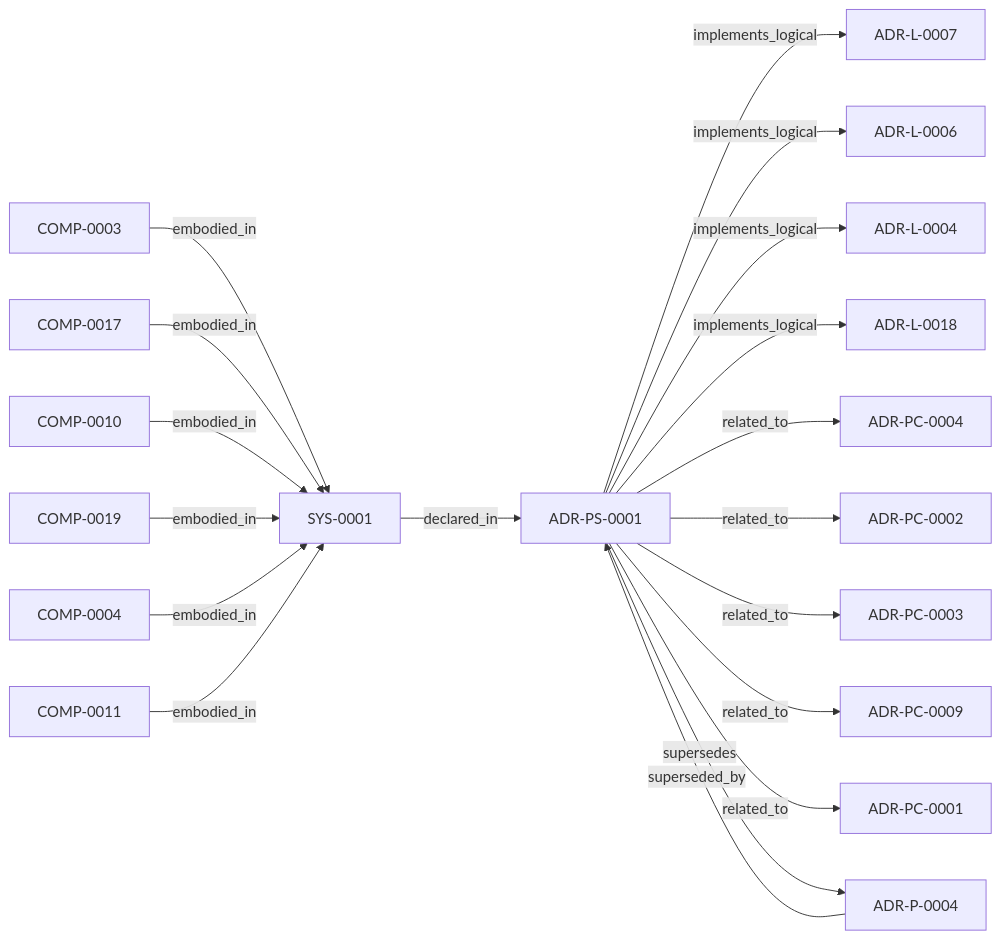
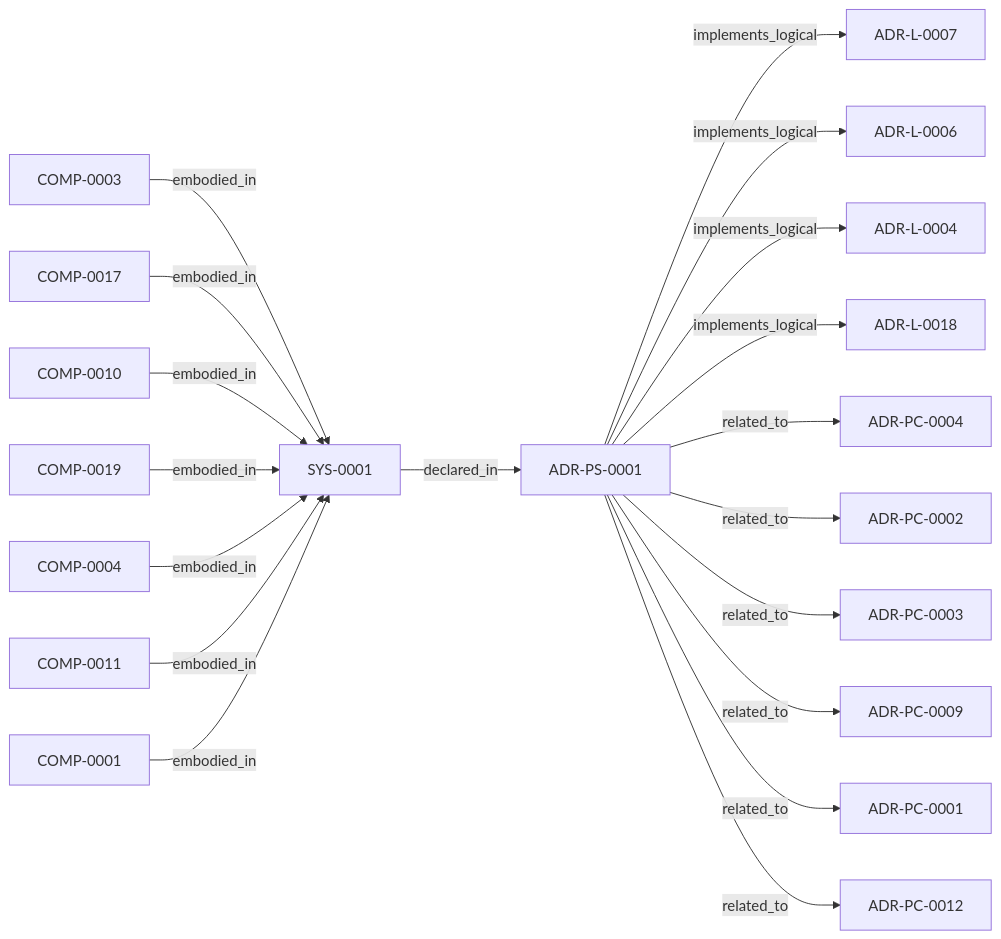
Before and after one commit to egallmann/ste-runtime: the diagram in adrs/adr-projection/physical-system/ADR-PS-0001-runtime-orchestration-and-assistant-integration.md, drawn with Mermaid. The commit also changed other lines of this file and 57 other files, not shown here.

````diff
--- a/adrs/adr-projection/physical-system/ADR-PS-0001-runtime-orchestration-and-assistant-integration.md
+++ b/adrs/adr-projection/physical-system/ADR-PS-0001-runtime-orchestration-and-assistant-integration.md
@@ -67,39 +67,40 @@
 ```mermaid
 flowchart LR
   n_019ff84e_4ece_70ba_bf2e_a0fecd4a986e["ADR-L-0007"]
   n_019ff84e_4ece_71c8_af1f_eb35c77b551a["ADR-L-0006"]
   n_019ff84e_4ece_75dd_9f0b_ccb51cedc4f5["ADR-L-0004"]
   n_019ff84e_4ece_7c3b_833e_dbdb54ed76ec["ADR-L-0018"]
   n_019ff84e_4ecf_7072_bd2f_aeb73b26b100["COMP-0003"]
   n_019ff84e_4ecf_7102_af3f_302a74e31f59["COMP-0017"]
   n_019ff84e_4ecf_7156_a33b_bc8bba3fac60["ADR-PC-0004"]
   n_019ff84e_4ecf_734c_9f3f_04d15f1079f5["ADR-PC-0002"]
   n_019ff84e_4ecf_736e_9d3d_dc19c7223122["COMP-0010"]
   n_019ff84e_4ecf_745c_903f_18d2f4b20e63["COMP-0019"]
   n_019ff84e_4ecf_7776_bf27_ffc57bc598dd["ADR-PC-0003"]
   n_019ff84e_4ecf_78a6_bb1c_676e50a3d97a["ADR-PS-0001"]
   n_019ff84e_4ecf_7962_b83d_01e7e385b783["COMP-0004"]
   n_019ff84e_4ecf_7a24_801d_7d1e708577ac["ADR-PC-0009"]
   n_019ff84e_4ecf_7ba6_ac1f_2a56af7d146c["COMP-0011"]
   n_019ff84e_4ecf_7d5e_a53c_bae8c74aca48["ADR-PC-0001"]
   n_019ff84e_4ed0_727d_9337_e52045221df1["SYS-0001"]
-  n_019ff84e_4ed0_78a0_9334_d520d3decf14["ADR-P-0004"]
+  n_019ff84e_4ed0_747c_b51f_dc3ec8b29bef["COMP-0001"]
+  n_019ff876_6dad_7d95_ad68_e13d96ed23a9["ADR-PC-0012"]
   n_019ff84e_4ed0_727d_9337_e52045221df1 -->|"declared_in"| n_019ff84e_4ecf_78a6_bb1c_676e50a3d97a
   n_019ff84e_4ecf_7072_bd2f_aeb73b26b100 -->|"embodied_in"| n_019ff84e_4ed0_727d_9337_e52045221df1
   n_019ff84e_4ecf_7102_af3f_302a74e31f59 -->|"embodied_in"| n_019ff84e_4ed0_727d_9337_e52045221df1
   n_019ff84e_4ecf_736e_9d3d_dc19c7223122 -->|"embodied_in"| n_019ff84e_4ed0_727d_9337_e52045221df1
   n_019ff84e_4ecf_745c_903f_18d2f4b20e63 -->|"embodied_in"| n_019ff84e_4ed0_727d_9337_e52045221df1
   n_019ff84e_4ecf_7962_b83d_01e7e385b783 -->|"embodied_in"| n_019ff84e_4ed0_727d_9337_e52045221df1
   n_019ff84e_4ecf_7ba6_ac1f_2a56af7d146c -->|"embodied_in"| n_019ff84e_4ed0_727d_9337_e52045221df1
+  n_019ff84e_4ed0_747c_b51f_dc3ec8b29bef -->|"embodied_in"| n_019ff84e_4ed0_727d_9337_e52045221df1
   n_019ff84e_4ecf_78a6_bb1c_676e50a3d97a -->|"implements_logical"| n_019ff84e_4ece_70ba_bf2e_a0fecd4a986e
   n_019ff84e_4ecf_78a6_bb1c_676e50a3d97a -->|"implements_logical"| n_019ff84e_4ece_71c8_af1f_eb35c77b551a
   n_019ff84e_4ecf_78a6_bb1c_676e50a3d97a -->|"implements_logical"| n_019ff84e_4ece_75dd_9f0b_ccb51cedc4f5
   n_019ff84e_4ecf_78a6_bb1c_676e50a3d97a -->|"implements_logical"| n_019ff84e_4ece_7c3b_833e_dbdb54ed76ec
   n_019ff84e_4ecf_78a6_bb1c_676e50a3d97a -->|"related_to"| n_019ff84e_4ecf_7156_a33b_bc8bba3fac60
   n_019ff84e_4ecf_78a6_bb1c_676e50a3d97a -->|"related_to"| n_019ff84e_4ecf_734c_9f3f_04d15f1079f5
   n_019ff84e_4ecf_78a6_bb1c_676e50a3d97a -->|"related_to"| n_019ff84e_4ecf_7776_bf27_ffc57bc598dd
   n_019ff84e_4ecf_78a6_bb1c_676e50a3d97a -->|"related_to"| n_019ff84e_4ecf_7a24_801d_7d1e708577ac
   n_019ff84e_4ecf_78a6_bb1c_676e50a3d97a -->|"related_to"| n_019ff84e_4ecf_7d5e_a53c_bae8c74aca48
-  n_019ff84e_4ed0_78a0_9334_d520d3decf14 -->|"superseded_by"| n_019ff84e_4ecf_78a6_bb1c_676e50a3d97a
-  n_019ff84e_4ecf_78a6_bb1c_676e50a3d97a -->|"supersedes"| n_019ff84e_4ed0_78a0_9334_d520d3decf14
+  n_019ff84e_4ecf_78a6_bb1c_676e50a3d97a -->|"related_to"| n_019ff876_6dad_7d95_ad68_e13d96ed23a9
 ```
````
